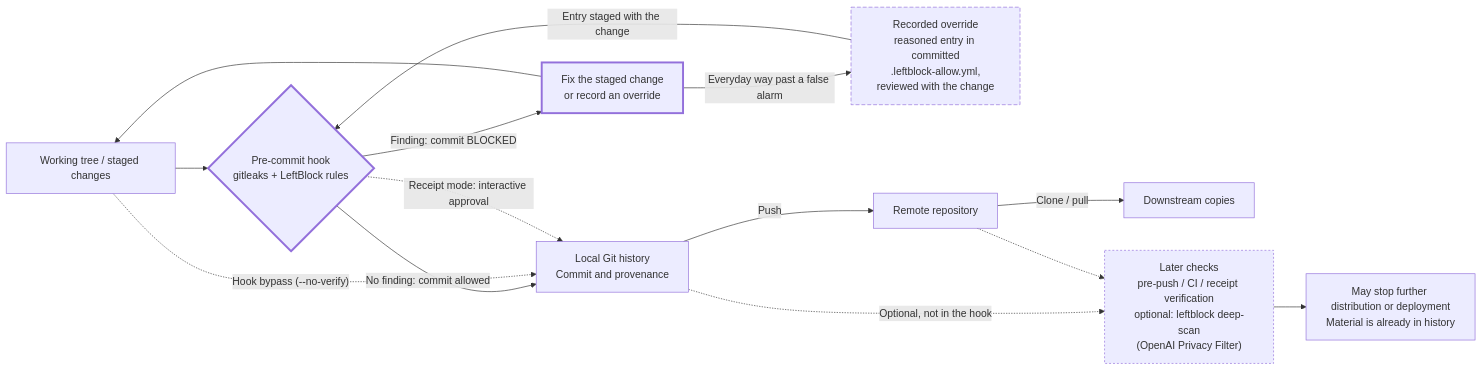
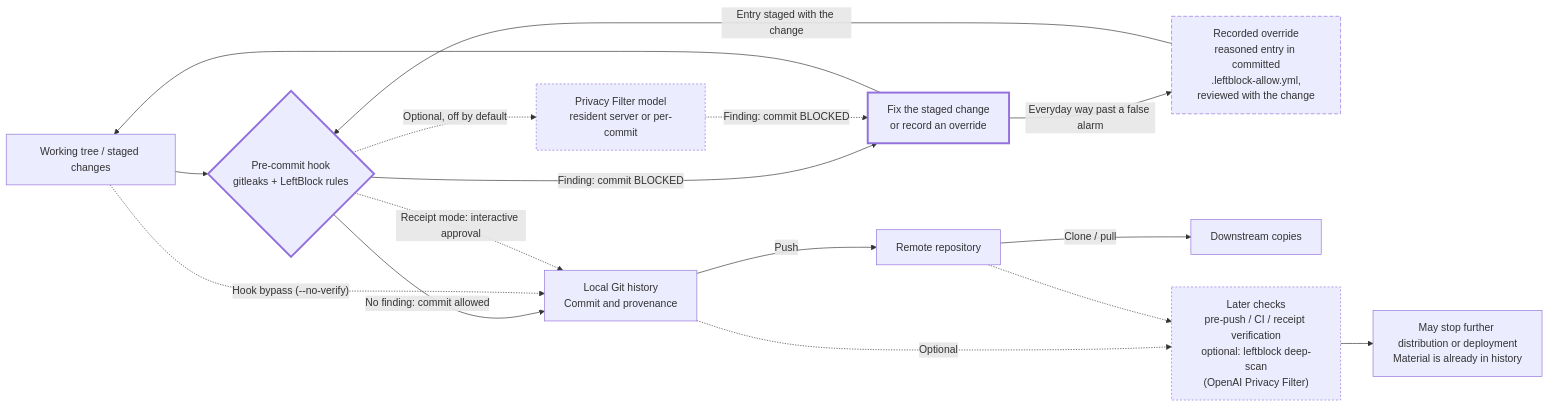
The first of 2 diagrams in README.md (DataParade-io/LeftBlock), drawn with Mermaid before and after one commit. The commit also changed other lines of this file and 12 other files, not shown here.

First line of the commit message:
feat: run the Privacy Filter model in the commit gate

````diff
--- a/README.md
+++ b/README.md
@@ -9,22 +9,25 @@
 ```mermaid
 flowchart LR
     Work["Working tree / staged changes"] --> Check{"Pre-commit hook<br/>gitleaks + LeftBlock rules"}
     Check -->|"Finding: commit BLOCKED"| Block["Fix the staged change<br/>or record an override"]
     Block --> Work
     Allow["Recorded override<br/>reasoned entry in committed<br/>.leftblock-allow.yml,<br/>reviewed with the change"]
     Block -->|"Everyday way past a false alarm"| Allow
     Allow -->|"Entry staged with the change"| Check
     Check -->|"No finding: commit allowed"| History["Local Git history<br/>Commit and provenance"]
     History -->|Push| Remote["Remote repository"]
     Remote -->|Clone / pull| Copies["Downstream copies"]
     Work -.->|"Hook bypass (--no-verify)"| History
     Check -.->|"Receipt mode: interactive approval"| History
-    History -.->|"Optional, not in the hook"| Later["Later checks<br/>pre-push / CI / receipt verification<br/>optional: leftblock deep-scan<br/>(OpenAI Privacy Filter)"]
+    Check -.->|"Optional, off by default"| Model["Privacy Filter model<br/>resident server or per-commit"]
+    Model -.->|"Finding: commit BLOCKED"| Block
+    History -.->|"Optional"| Later["Later checks<br/>pre-push / CI / receipt verification<br/>optional: leftblock deep-scan<br/>(OpenAI Privacy Filter)"]
     Remote -.-> Later
     Later --> Limit["May stop further distribution or deployment<br/>Material is already in history"]
 
     style Block stroke-width:3px
     style Check stroke-width:3px
     style Allow stroke-dasharray:6 3
+    style Model stroke-dasharray:3 3
     style Later stroke-dasharray:3 3
 ```
````
